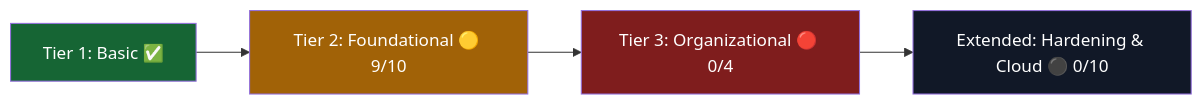
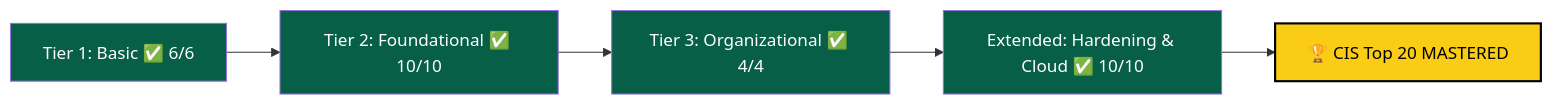
One commit to ua4157489-code/Alrazzaq_Labs changed the diagram in CISTop20_ControlsLabs/README.md. Above: the diagram before and after it, drawn with Mermaid. The commit also changed other lines of this file, not shown here.

Commit message:
Update CIS20CONTROLS README.md

````diff
--- a/CISTop20_ControlsLabs/README.md
+++ b/CISTop20_ControlsLabs/README.md
@@ -129,10 +116,12 @@
 ```mermaid
 graph LR
-    A[Tier 1: Basic ✅] --> B[Tier 2: Foundational 🟡 9/10]
-    B --> C[Tier 3: Organizational 🔴 0/4]
-    C --> D[Extended: Hardening & Cloud ⚫ 0/10]
-    style A fill:#166534,color:#fff
-    style B fill:#a16207,color:#fff
-    style C fill:#7f1d1d,color:#fff
-    style D fill:#111827,color:#fff
+    A[Tier 1: Basic ✅ 6/6] --> B[Tier 2: Foundational ✅ 10/10]
+    B --> C[Tier 3: Organizational ✅ 4/4]
+    C --> D[Extended: Hardening & Cloud ✅ 10/10]
+    D --> E[🏆 CIS Top 20 MASTERED]
+    style A fill:#065f46,color:#fff
+    style B fill:#065f46,color:#fff
+    style C fill:#065f46,color:#fff
+    style D fill:#065f46,color:#fff
+    style E fill:#facc15,color:#000,stroke:#000,stroke-width:2px
 ```
````
